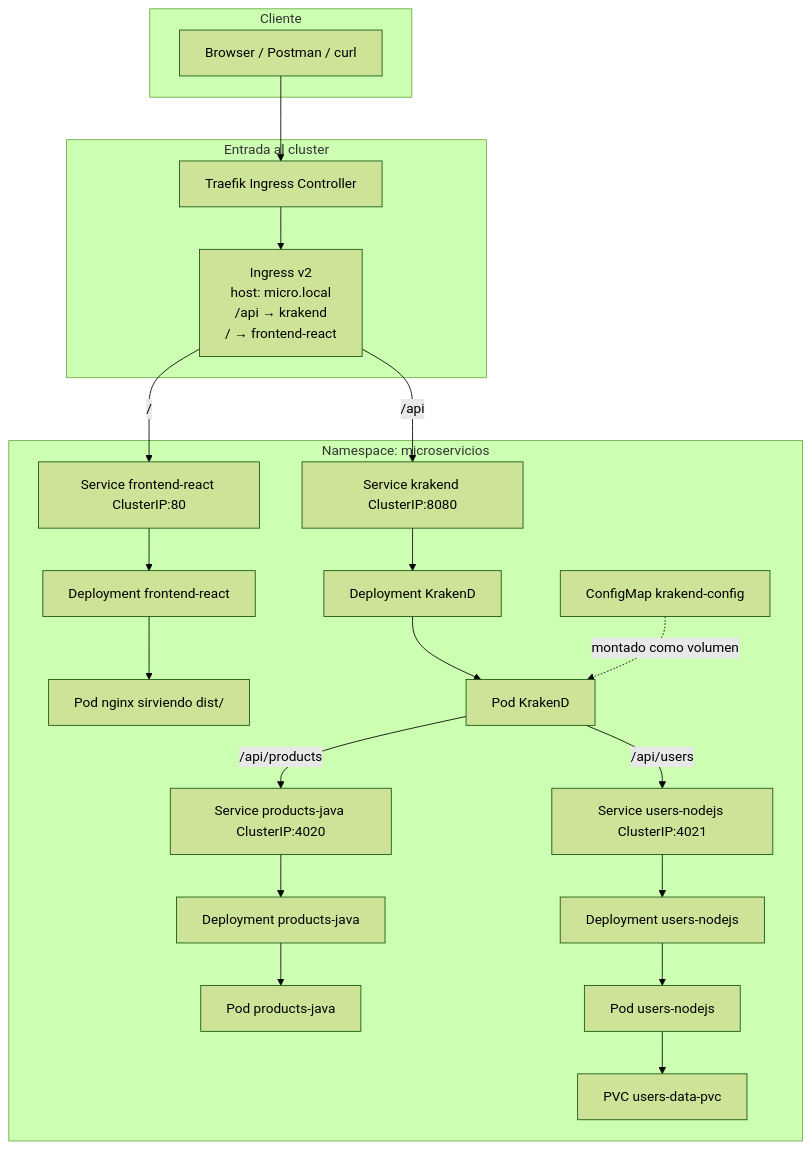
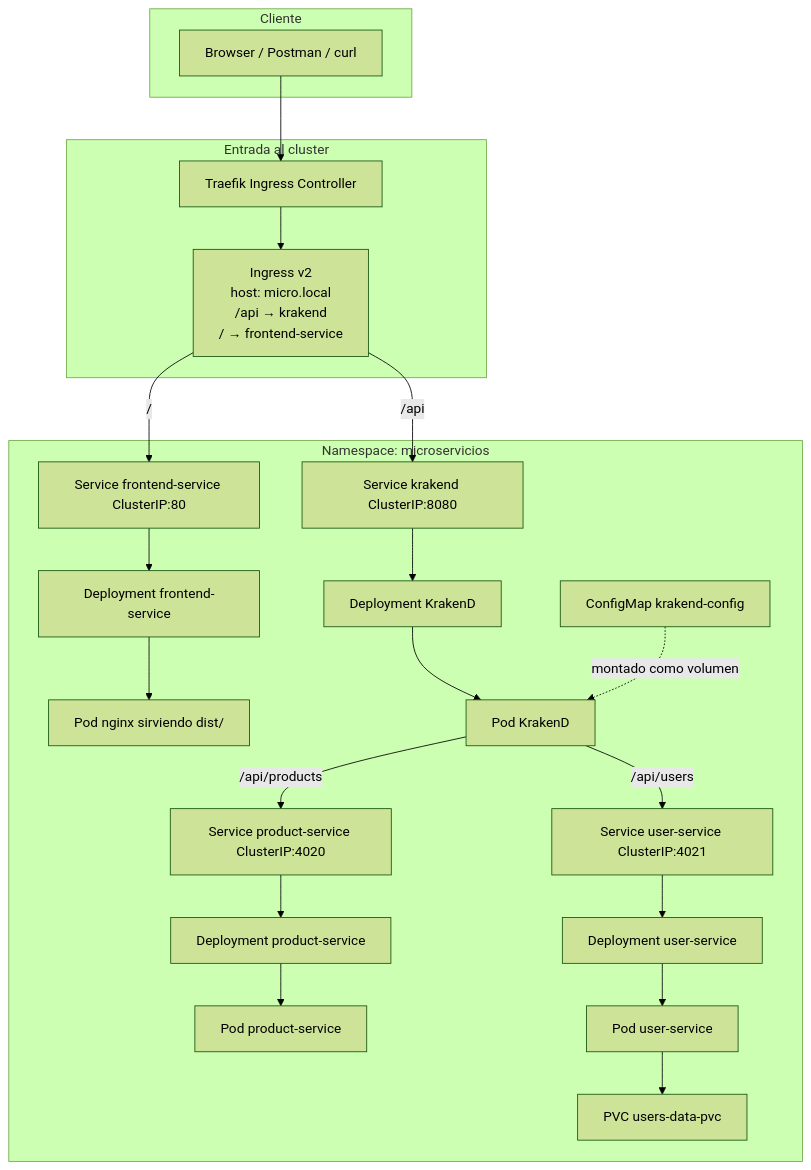
Diagram 15 of 20 in README.md (docentedev/IaC-example), drawn with Mermaid (forest theme) before and after one commit. The commit also changed other lines of this file and 60 other files, not shown here.

````diff
--- a/README.md
+++ b/README.md
@@ -2129,47 +2132,47 @@
 ```mermaid
 flowchart TB
   subgraph Client[Cliente]
     U[Browser / Postman / curl]
   end
 
   subgraph Entry[Entrada al cluster]
     T[Traefik Ingress Controller]
     I[Ingress v2
     host: micro.local
     /api → krakend
-    / → frontend-react]
+    / → frontend-service]
   end
 
   subgraph K8s[Namespace: microservicios]
-    FE[Service frontend-react ClusterIP:80]
-    DFE[Deployment frontend-react]
+    FE[Service frontend-service ClusterIP:80]
+    DFE[Deployment frontend-service]
     PFE[Pod nginx sirviendo dist/]
 
     GW[Service krakend ClusterIP:8080]
     DGW[Deployment KrakenD]
     PGW[Pod KrakenD]
     CM[ConfigMap krakend-config]
 
-    SP[Service products-java ClusterIP:4020]
-    DP[Deployment products-java]
-    PP[Pod products-java]
+    SP[Service product-service ClusterIP:4020]
+    DP[Deployment product-service]
+    PP[Pod product-service]
 
-    SU[Service users-nodejs ClusterIP:4021]
-    DU[Deployment users-nodejs]
-    PU[Pod users-nodejs]
+    SU[Service user-service ClusterIP:4021]
+    DU[Deployment user-service]
+    PU[Pod user-service]
     PVC[PVC users-data-pvc]
   end
 
   U --> T
   T --> I
   I -->|/| FE
   I -->|/api| GW
 
   FE --> DFE --> PFE
   GW --> DGW --> PGW
   CM -.->|montado como volumen| PGW
 
   PGW -->|/api/products| SP --> DP --> PP
   PGW -->|/api/users| SU --> DU --> PU
   PU --> PVC
 ```
````
